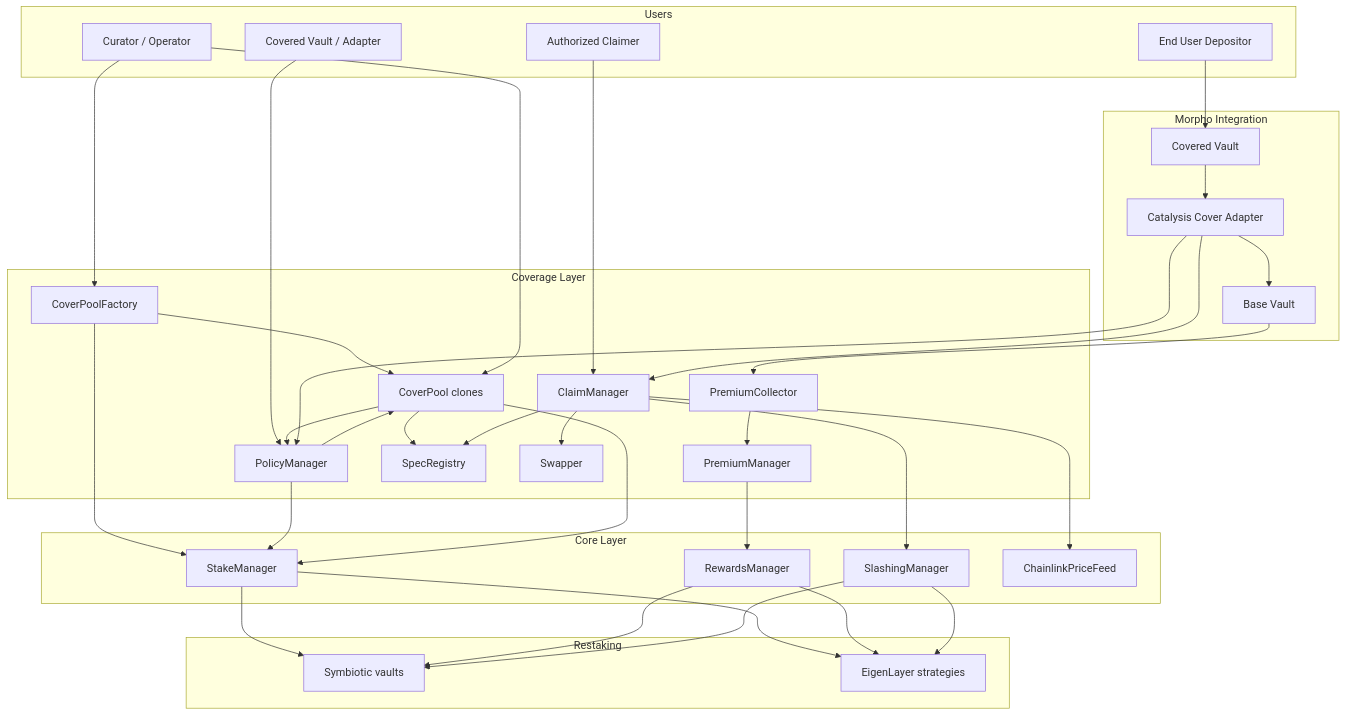
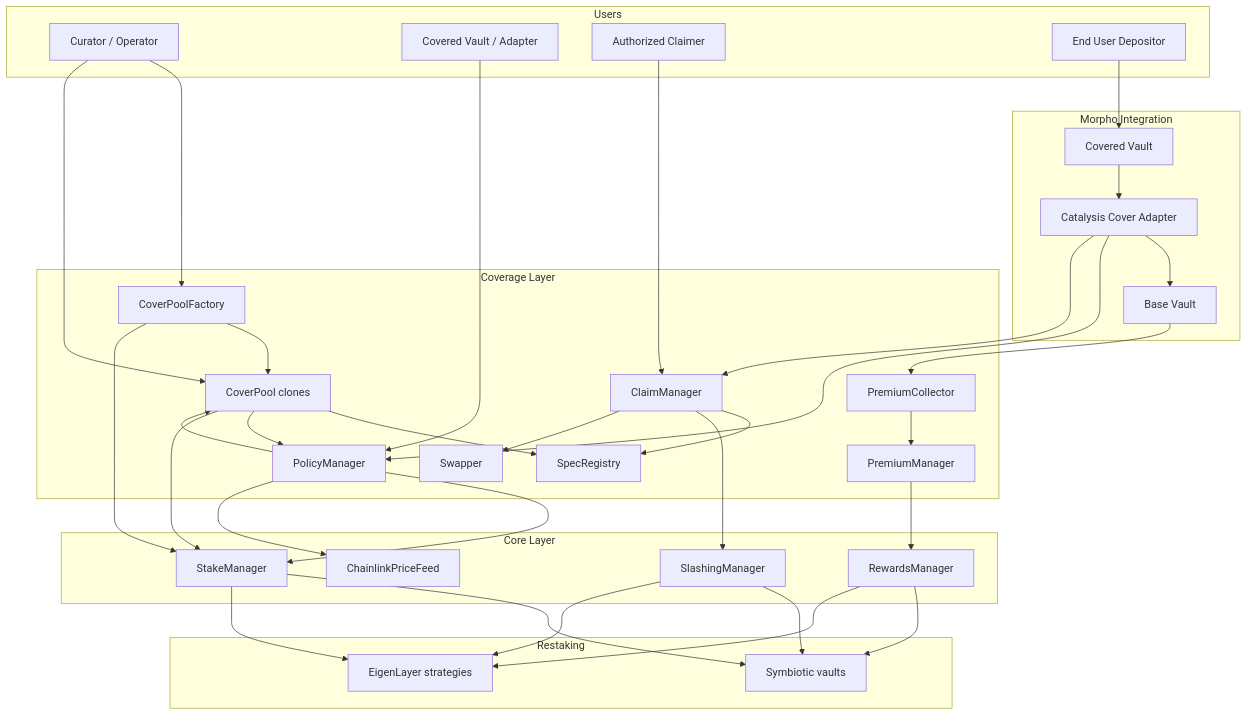
One commit to 0xcatalysis/coverage changed the diagram in docs/architecture/01-system-overview.md. Above: the diagram before and after it, drawn with Mermaid. The commit also changed other lines of this file and 2 other files, not shown here.

Commit message:
doc: update architecture documentation

````diff
--- a/docs/architecture/01-system-overview.md
+++ b/docs/architecture/01-system-overview.md
@@ -42,74 +42,74 @@
 ```mermaid
 graph TB
     subgraph Users
         CURATOR[Curator / Operator]
         COVERED[Covered Vault / Adapter]
         CLAIMER[Authorized Claimer]
         USER[End User Depositor]
     end
 
     subgraph Coverage Layer
         CPF[CoverPoolFactory]
         CP[CoverPool clones]
         PM[PolicyManager]
         PC[PremiumCollector]
         PRM[PremiumManager]
         CM[ClaimManager]
         SR[SpecRegistry]
         SW[Swapper]
     end
 
     subgraph Core Layer
         SM[StakeManager]
         RM[RewardsManager]
         SLM[SlashingManager]
         PF[ChainlinkPriceFeed]
     end
 
     subgraph Restaking
         SYM[Symbiotic vaults]
         EIG[EigenLayer strategies]
     end
 
     subgraph Morpho Integration
         CV[Covered Vault]
         ADP[Catalysis Cover Adapter]
         BV[Base Vault]
     end
 
     CURATOR --> CPF
     CPF --> CP
     CPF --> SM
 
     COVERED --> PM
     PM --> SM
     PM --> CP
 
     CURATOR --> CP
     CP --> SR
     CP --> PM
     CP --> SM
 
     PC --> PRM
     PRM --> RM
 
     CLAIMER --> CM
     CM --> SR
-    CM --> PF
+    PM --> PF
     CM --> SLM
     CM --> SW
 
     SM --> SYM
     SM --> EIG
     RM --> SYM
     RM --> EIG
     SLM --> SYM
     SLM --> EIG
 
     USER --> CV
     CV --> ADP
     ADP --> BV
     ADP --> PM
     ADP --> CM
     BV --> PC
 ```
````
